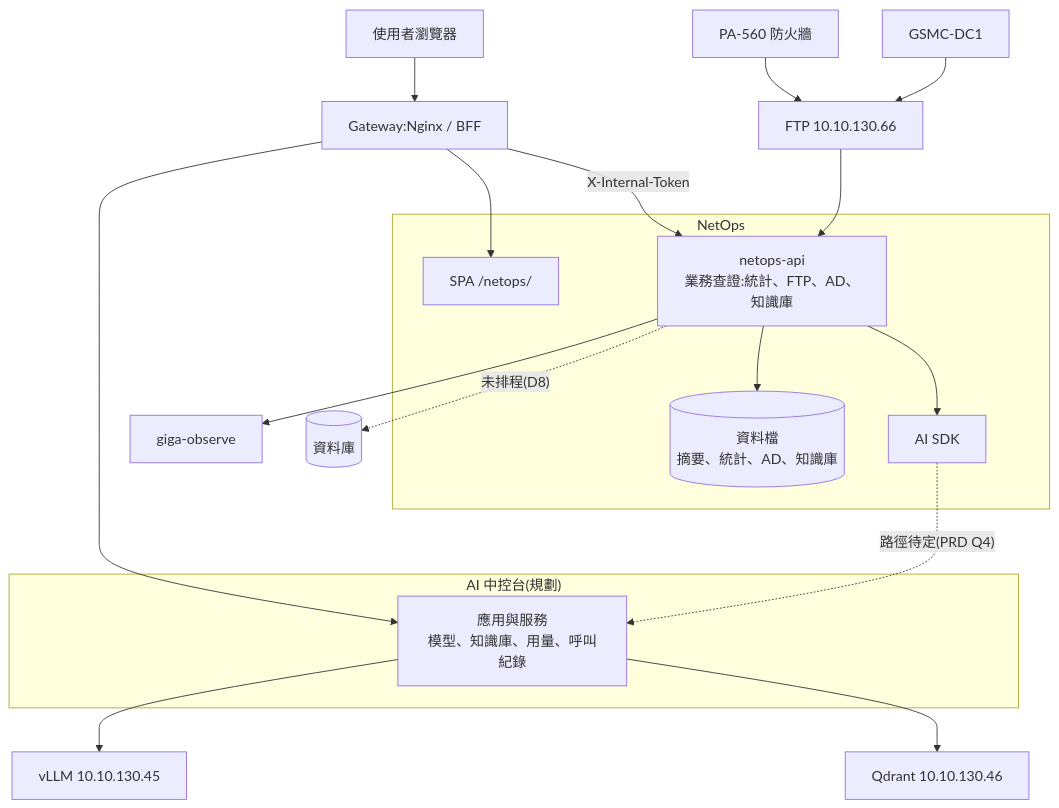
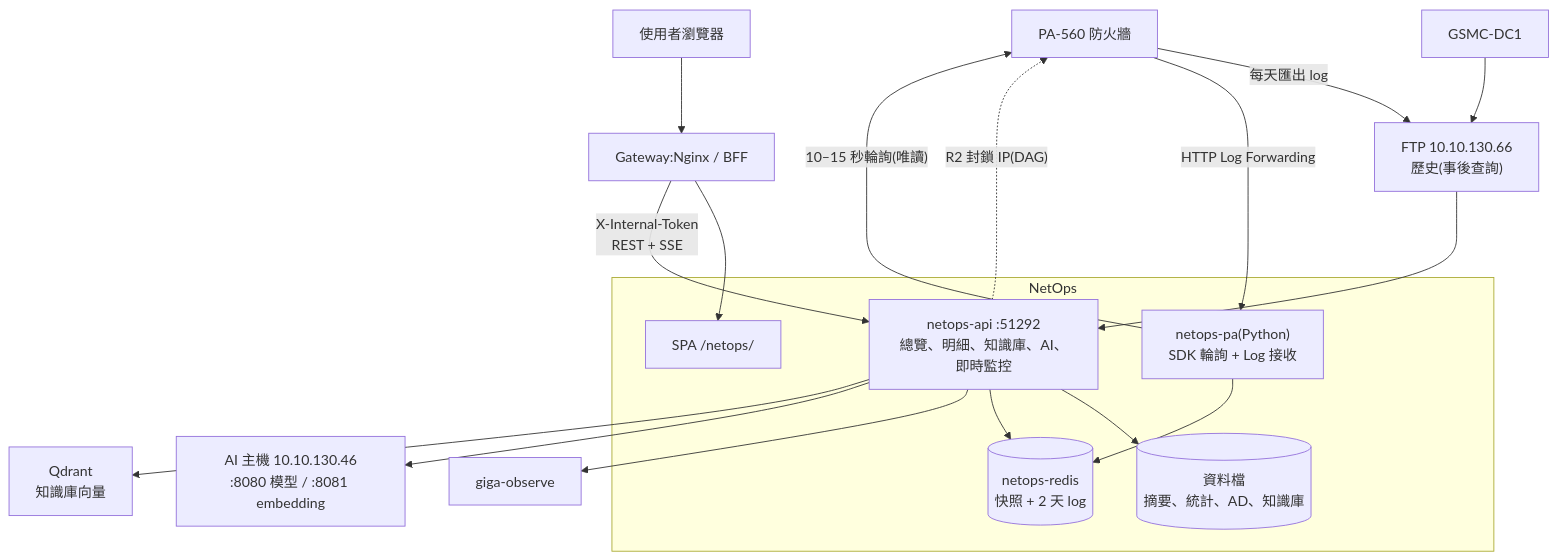
Before and after one commit to WeiWeicode/NetOps: the fourth of 4 diagrams in docs/FLOW-ARCHITECTURE.md, drawn with Mermaid. The commit also changed other lines of this file and 9 other files, not shown here.

First line of the commit message:
docs(netops): 取消 AI 中控台、規劃 PA 即時監控(pan-os-python + Redis)與 AI 搬移

````diff
--- a/docs/FLOW-ARCHITECTURE.md
+++ b/docs/FLOW-ARCHITECTURE.md
@@ -132,30 +132,27 @@
 ```mermaid
 flowchart TD
-    PA["PA-560 防火牆"] --> FTP["FTP 10.10.130.66"]
+    PA["PA-560 防火牆"] -->|"每天匯出 log"| FTP["FTP 10.10.130.66<br/>歷史(事後查詢)"]
     DC["GSMC-DC1"] --> FTP
     U["使用者瀏覽器"] --> N["Gateway:Nginx / BFF"]
 
     subgraph NET["NetOps"]
         S["SPA /netops/"]
-        A["netops-api<br/>業務查證:統計、FTP、AD、知識庫"]
+        A["netops-api :51292<br/>總覽、明細、知識庫、AI、即時監控"]
         D[("資料檔<br/>摘要、統計、AD、知識庫")]
-        SDK["AI SDK"]
+        R[("netops-redis<br/>快照 + 2 天 log")]
+        P["netops-pa(Python)<br/>SDK 輪詢 + Log 接收"]
         A --> D
-        A --> SDK
+        A --> R
+        P --> R
     end
 
     N --> S
-    N -->|"X-Internal-Token"| A
+    N -->|"X-Internal-Token<br/>REST + SSE"| A
     FTP --> A
+    P -->|"10–15 秒輪詢(唯讀)"| PA
+    PA -->|"HTTP Log Forwarding"| P
     A --> O["giga-observe"]
-    A -.->|"未排程(D8)"| DB[("資料庫")]
-
-    subgraph AI["AI 中控台(規劃)"]
-        C["應用與服務<br/>模型、知識庫、用量、呼叫紀錄"]
-    end
-
-    N --> C
-    SDK -.->|"路徑待定(PRD Q4)"| C
-    C --> LLM["vLLM 10.10.130.45"]
-    C --> Q["Qdrant 10.10.130.46"]
+    A --> LLM["AI 主機 10.10.130.46<br/>:8080 模型 / :8081 embedding"]
+    A --> Q["Qdrant<br/>知識庫向量"]
+    A -.->|"R2 封鎖 IP(DAG)"| PA
 ```
````
